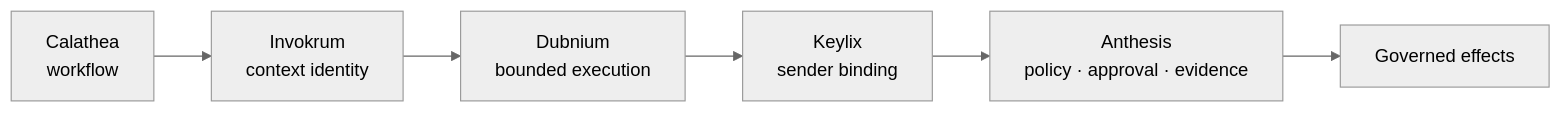
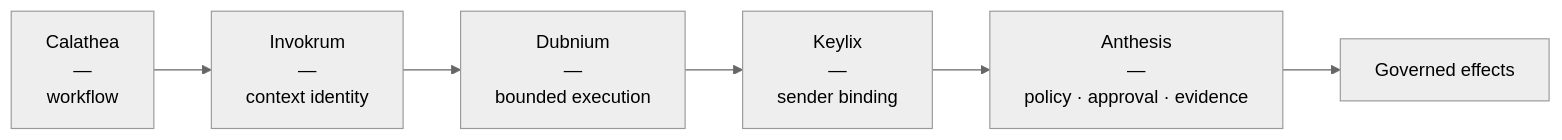
The diagram in README.md (ryjen/ryjen), drawn with Mermaid (neutral theme) before and after one commit.

Commit message:
Improve Mermaid label separators

````diff
--- a/README.md
+++ b/README.md
@@ -39,8 +39,8 @@
 ```mermaid
 flowchart LR
-    C[Calathea<br/>workflow] --> I[Invokrum<br/>context identity]
-    I --> D[Dubnium<br/>bounded execution]
-    D --> K[Keylix<br/>sender binding]
-    K --> A[Anthesis<br/>policy · approval · evidence]
-    A --> E[Governed effects]
+    C["Calathea<br/>—<br/>workflow"] --> I["Invokrum<br/>—<br/>context identity"]
+    I --> D["Dubnium<br/>—<br/>bounded execution"]
+    D --> K["Keylix<br/>—<br/>sender binding"]
+    K --> A["Anthesis<br/>—<br/>policy · approval · evidence"]
+    A --> E["Governed effects"]
 ```
````
